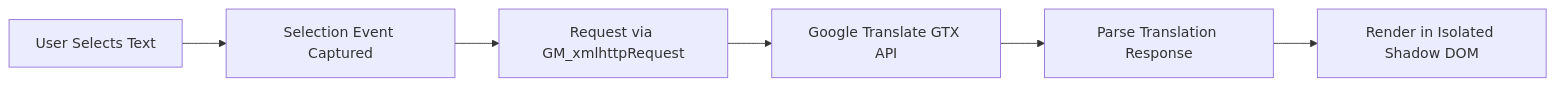
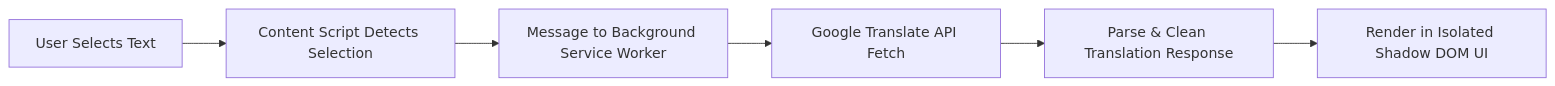
Before and after one commit to PheromoneItsMe/quick-web-translator: the diagram in README.md, drawn with Mermaid. The commit also changed other lines of this file and 8 other files, not shown here.

````diff
--- a/README.md
+++ b/README.md
@@ -79,8 +70,8 @@
 ```mermaid
 flowchart LR
-    A[User Selects Text] --> B[Selection Event Captured]
-    B --> C[Request via GM_xmlhttpRequest]
-    C --> D[Google Translate GTX API]
-    D --> E[Parse Translation Response]
-    E --> F[Render in Isolated Shadow DOM]
+    A[User Selects Text] --> B[Content Script Detects Selection]
+    B --> C[Message to Background Service Worker]
+    C --> D[Google Translate API Fetch]
+    D --> E[Parse & Clean Translation Response]
+    E --> F[Render in Isolated Shadow DOM UI]
 ```
````
